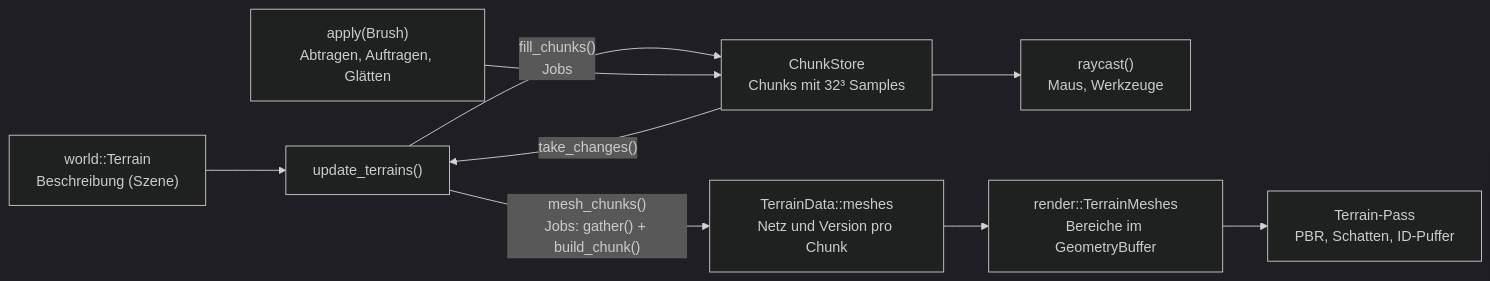
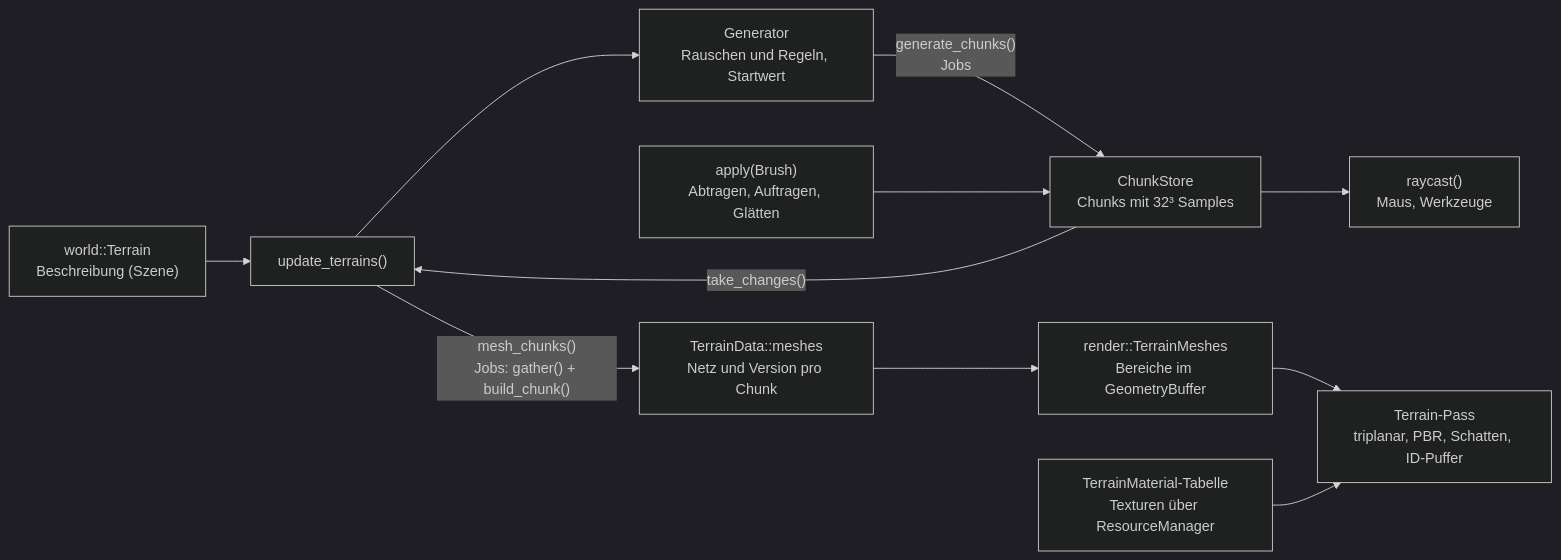
Before and after one commit to viiez/ngine: diagram 12 of 14 in docs/architecture.md, drawn with Mermaid (dark theme). The commit also changed other lines of this file and 60 other files, not shown here.

````diff
--- a/docs/architecture.md
+++ b/docs/architecture.md
@@ -510,11 +510,14 @@
 ```mermaid
 flowchart LR
     terrain["world::Terrain<br/>Beschreibung (Szene)"] --> update["update_terrains()"]
-    update -->|"fill_chunks()<br/>Jobs"| store["ChunkStore<br/>Chunks mit 32³ Samples"]
+    gen["Generator<br/>Rauschen und Regeln, Startwert"] -->|"generate_chunks()<br/>Jobs"| store
+    update --> gen
+    store["ChunkStore<br/>Chunks mit 32³ Samples"]
     brush["apply(Brush)<br/>Abtragen, Auftragen, Glätten"] --> store
     store -->|"take_changes()"| update
     update -->|"mesh_chunks()<br/>Jobs: gather() + build_chunk()"| meshes["TerrainData::meshes<br/>Netz und Version pro Chunk"]
     store --> ray["raycast()<br/>Maus, Werkzeuge"]
     meshes --> gpu["render::TerrainMeshes<br/>Bereiche im GeometryBuffer"]
-    gpu --> pass["Terrain-Pass<br/>PBR, Schatten, ID-Puffer"]
+    gpu --> pass["Terrain-Pass<br/>triplanar, PBR, Schatten, ID-Puffer"]
+    mats["TerrainMaterial-Tabelle<br/>Texturen über ResourceManager"] --> pass
 ```
````
